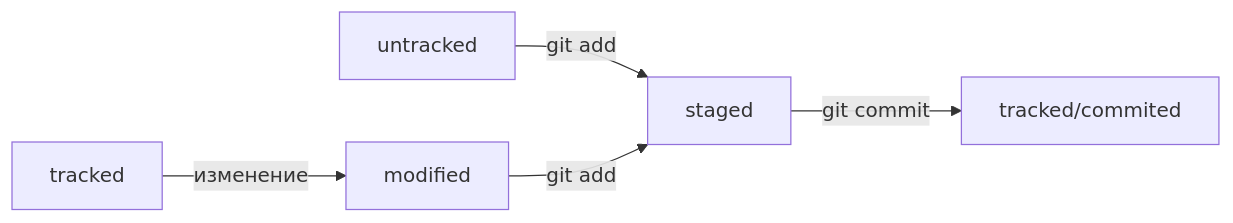
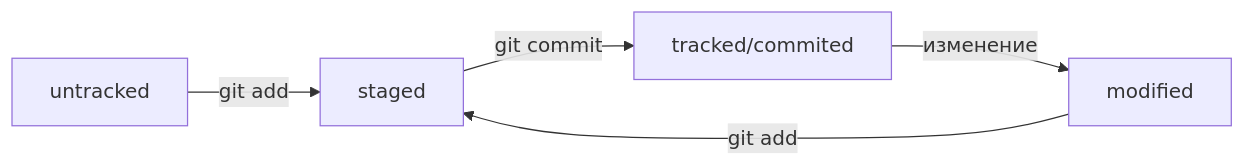
One commit to ronnyscale/gitknowledge changed the diagram in README.md. Above: the diagram before and after it, drawn with Mermaid.

Commit message:
edit mermaid scheme about tracked/commited string

````diff
--- a/README.md
+++ b/README.md
@@ -99,7 +99,7 @@
 ```mermaid
 graph LR;
-	untracked -- "git add"    --> staged;
-	staged    -- "git commit" --> tracked/commited;
-	modified  -- "git add"    --> staged;
-	tracked   -- "изменение"  --> modified
+	untracked        -- "git add"    --> staged;
+	staged    	 -- "git commit" --> tracked/commited;
+	modified  	 -- "git add"    --> staged;
+	tracked/commited -- "изменение"  --> modified
 ```
````
